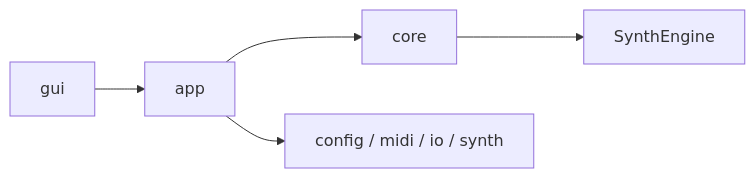
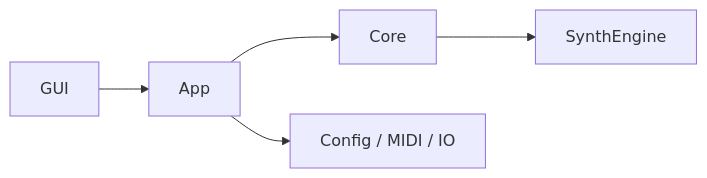
One commit to SunagimoOisii/F-Synthesizer changed the diagram in F-Synthesizer/docs/Architecture.md. Above: the diagram before and after it, drawn with Mermaid. The commit also changed other lines of this file and 59 other files, not shown here.

````diff
--- a/F-Synthesizer/docs/Architecture.md
+++ b/F-Synthesizer/docs/Architecture.md
@@ -10,11 +7,11 @@
 ```mermaid
 flowchart LR
-    GUI[gui]
-    APP[app]
-    CORE[core]
+    GUI[GUI]
+    APP[App]
+    CORE[Core]
     ENGINE[SynthEngine]
-    IO[config / midi / io / synth]
+    IO[Config / MIDI / IO]
 
     GUI --> APP --> CORE --> ENGINE
     APP --> IO
 ```
````
